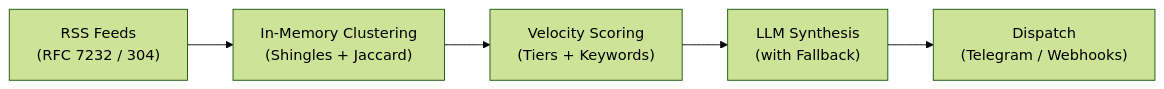
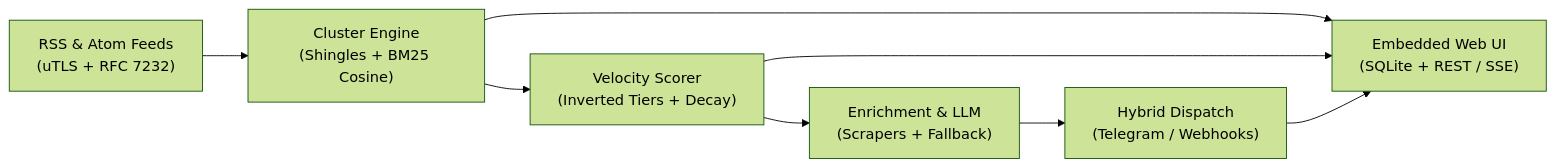
The diagram in README.md (rafifmsn/celerum), drawn with Mermaid (forest theme) before and after one commit. The commit also changed other lines of this file and 73 other files, not shown here.

First line of the commit message:
feat: overhaul core pipeline, sqlite store, api server, and embedded web dashboard (#15)

````diff
--- a/README.md
+++ b/README.md
@@ -43,7 +49,10 @@
 ```mermaid
 flowchart LR
-    A["RSS Feeds\n(RFC 7232 / 304)"] --> B["In-Memory Clustering\n(Shingles + Jaccard)"]
-    B --> C["Velocity Scoring\n(Tiers + Keywords)"]
-    C --> D["LLM Synthesis\n(with Fallback)"]
-    D --> E["Dispatch\n(Telegram / Webhooks)"]
+    A["RSS & Atom Feeds\n(uTLS + RFC 7232)"] --> B["Cluster Engine\n(Shingles + BM25 Cosine)"]
+    B --> C["Velocity Scorer\n(Inverted Tiers + Decay)"]
+    C --> D["Enrichment & LLM\n(Scrapers + Fallback)"]
+    D --> E["Hybrid Dispatch\n(Telegram / Webhooks)"]
+    B --> F["Embedded Web UI\n(SQLite + REST / SSE)"]
+    C --> F
+    E --> F
 ```
````
